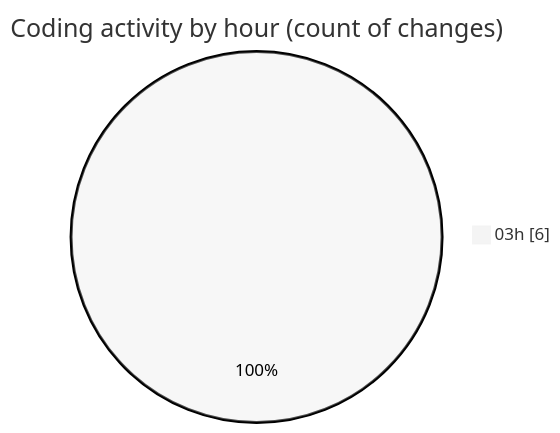
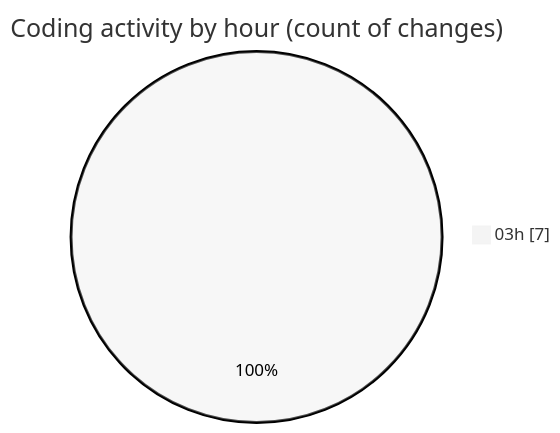
Before and after one commit to FelipKnott/code-tracking: the second of 2 diagrams in 2025-07-02/cursor/README.md, drawn with Mermaid (neutral theme). The commit also changed other lines of this file and 1 other file, not shown here.

````diff
--- a/2025-07-02/cursor/README.md
+++ b/2025-07-02/cursor/README.md
@@ -29,5 +29,5 @@
 ```mermaid
 pie showData
 title Coding activity by hour (count of changes)
-"03h" : 6
+"03h" : 7
 ```
````
